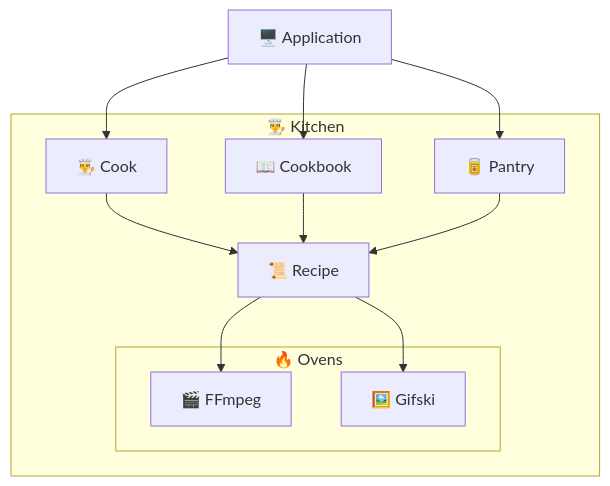
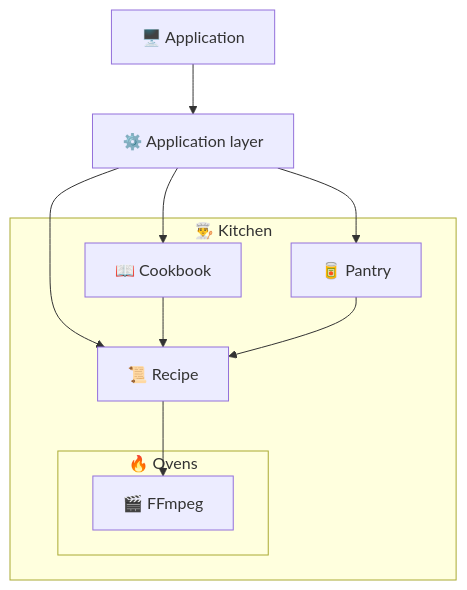
Before and after one commit to Lauloque/ffrecipes: the first of 2 diagrams in docs/architecture.md, drawn with Mermaid. The commit also changed other lines of this file and 4 other files, not shown here.

````diff
--- a/docs/architecture.md
+++ b/docs/architecture.md
@@ -7,27 +7,25 @@
 ```mermaid
 flowchart TD
 
 Application["🖥️ Application"]
+App["⚙️ Application layer"]
 
 subgraph Kitchen["👨‍🍳 Kitchen"]
-    Cook["👨‍🍳 Cook"]
     Cookbook["📖 Cookbook"]
     Recipe["📜 Recipe"]
     Pantry["🥫 Pantry"]
 
     subgraph Ovens["🔥 Ovens"]
         FFmpeg["🎬 FFmpeg"]
-        Gifski["🖼️ Gifski"]
     end
 end
 
-Application --> Cook
-Application --> Cookbook
-Application --> Pantry
+Application --> App
+App --> Cookbook
+App --> Pantry
+App --> Recipe
 
-Cook --> Recipe
 Cookbook --> Recipe
 Pantry --> Recipe
 Recipe --> FFmpeg
-Recipe --> Gifski
 ```
````
